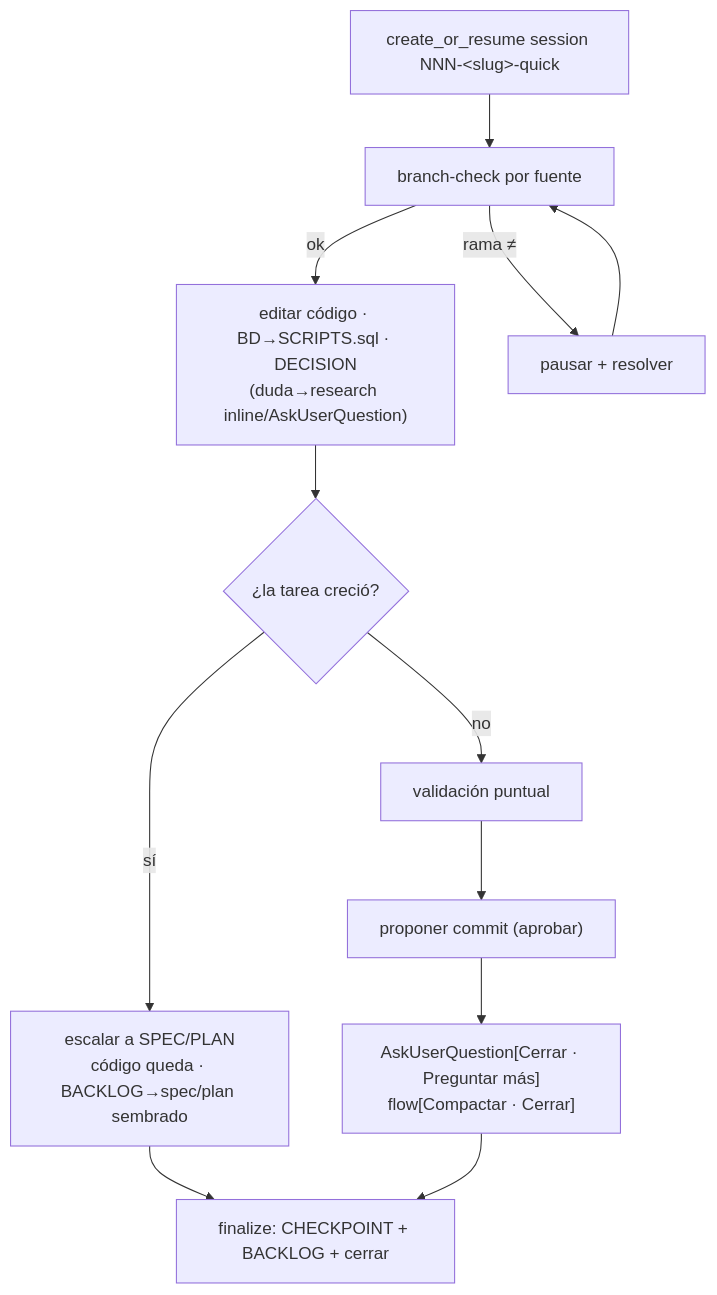
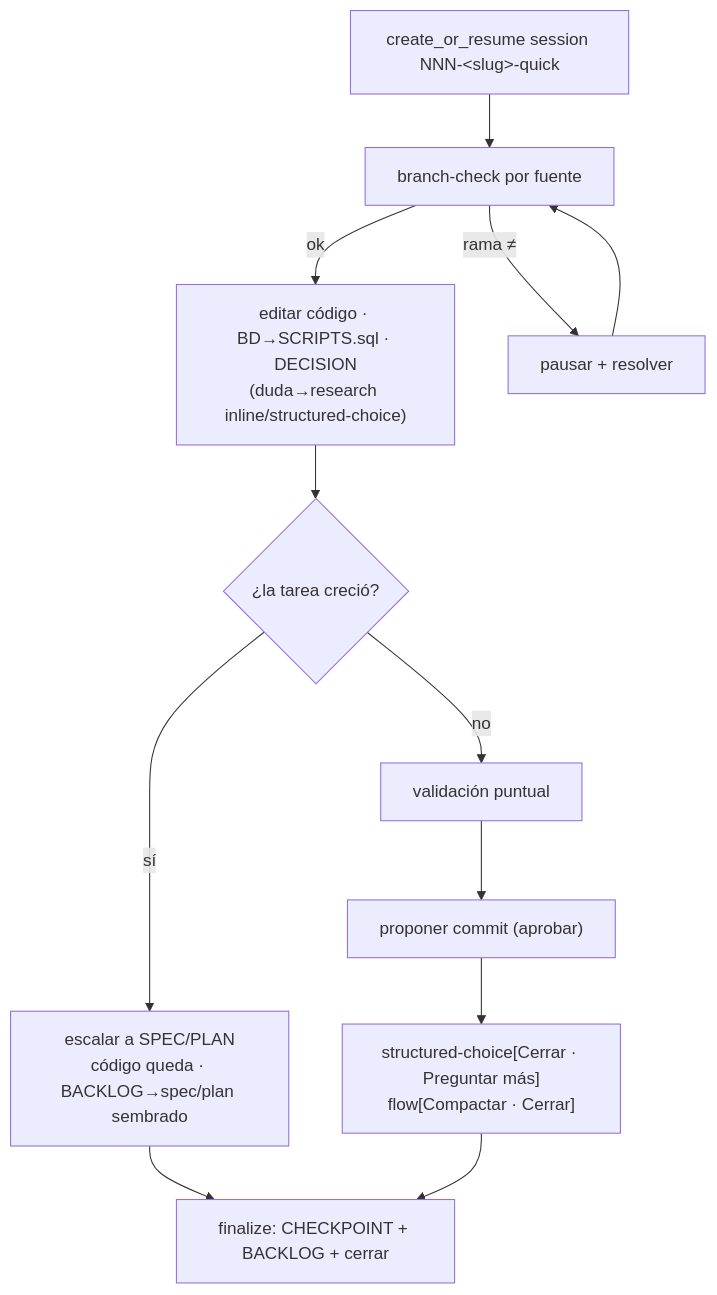
One commit to Tacuchi/agent-workflow-cli changed the diagram in skills/w/loops/quick-loop/SKILL.md. Above: the diagram before and after it, drawn with Mermaid. The commit also changed other lines of this file and 34 other files, not shown here.

````diff
--- a/skills/w/loops/quick-loop/SKILL.md
+++ b/skills/w/loops/quick-loop/SKILL.md
@@ -84,14 +84,14 @@
 ```mermaid
 flowchart TD
     S["create_or_resume session NNN-&lt;slug&gt;-quick"] --> G["branch-check por fuente"]
-    G -->|ok| DO["editar código · BD→SCRIPTS.sql · DECISION<br/>(duda→research inline/AskUserQuestion)"]
+    G -->|ok| DO["editar código · BD→SCRIPTS.sql · DECISION<br/>(duda→research inline/structured-choice)"]
     G -->|rama ≠| PA["pausar + resolver"]
     PA --> G
     DO --> GROW{"¿la tarea creció?"}
     GROW -->|sí| ESC["escalar a SPEC/PLAN<br/>código queda · BACKLOG→spec/plan sembrado"]
     ESC --> FIN
     GROW -->|no| V["validación puntual"]
     V --> CM["proponer commit (aprobar)"]
-    CM --> Q["AskUserQuestion[Cerrar · Preguntar más]<br/>flow[Compactar · Cerrar]"]
+    CM --> Q["structured-choice[Cerrar · Preguntar más]<br/>flow[Compactar · Cerrar]"]
     Q --> FIN["finalize: CHECKPOINT + BACKLOG + cerrar"]
 ```
````
